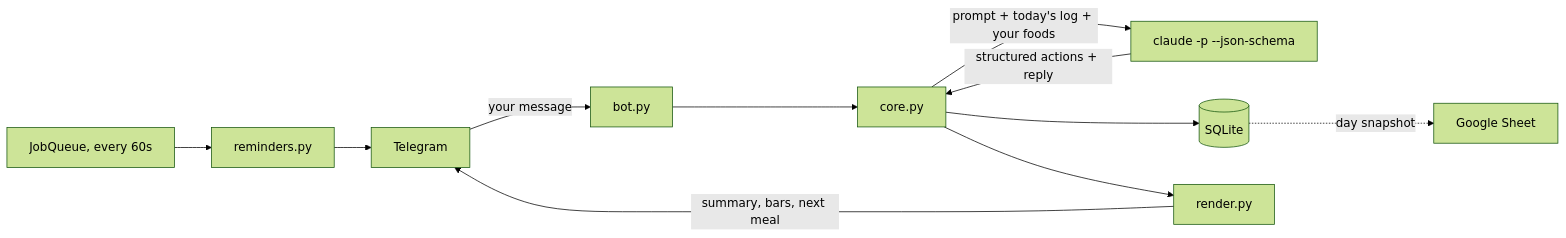
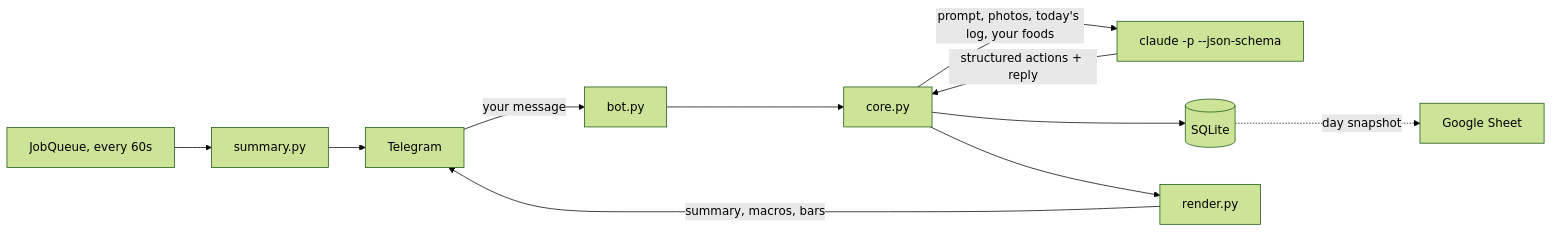
Before and after one commit to Ishan-sa/sarge: the diagram in README.md, drawn with Mermaid (forest theme). The commit also changed other lines of this file and 31 other files, not shown here.

````diff
--- a/README.md
+++ b/README.md
@@ -74,12 +75,12 @@
 ```mermaid
 flowchart LR
     T[Telegram] -->|your message| B[bot.py]
     B --> C[core.py]
-    C -->|prompt + today's log + your foods| L["claude -p --json-schema"]
+    C -->|prompt, photos, today's log, your foods| L["claude -p --json-schema"]
     L -->|structured actions + reply| C
     C --> S[(SQLite)]
     C --> R[render.py]
-    R -->|summary, bars, next meal| T
+    R -->|summary, macros, bars| T
     S -.->|day snapshot| G[Google Sheet]
-    J[JobQueue, every 60s] --> M[reminders.py] --> T
+    J[JobQueue, every 60s] --> M[summary.py] --> T
 ```
````
